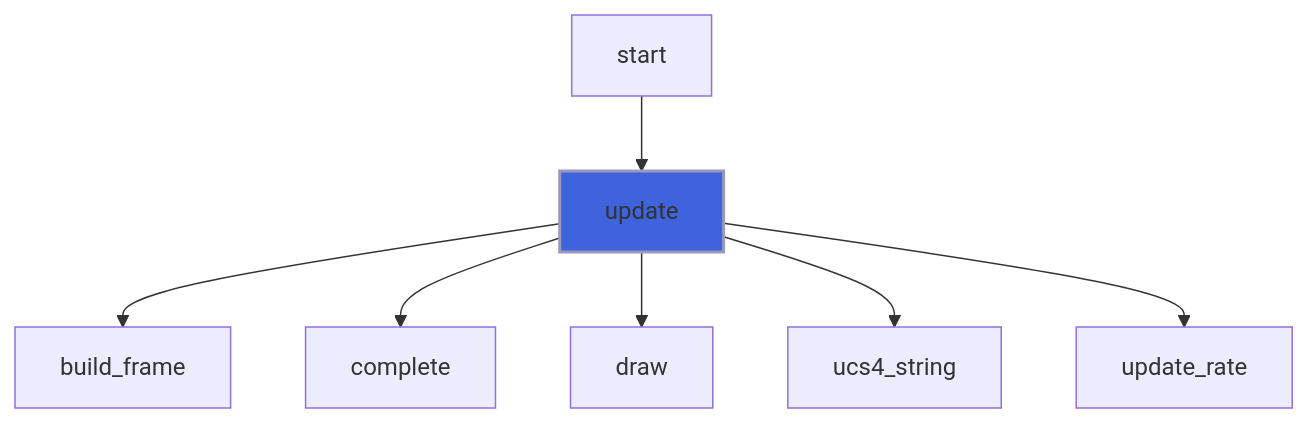
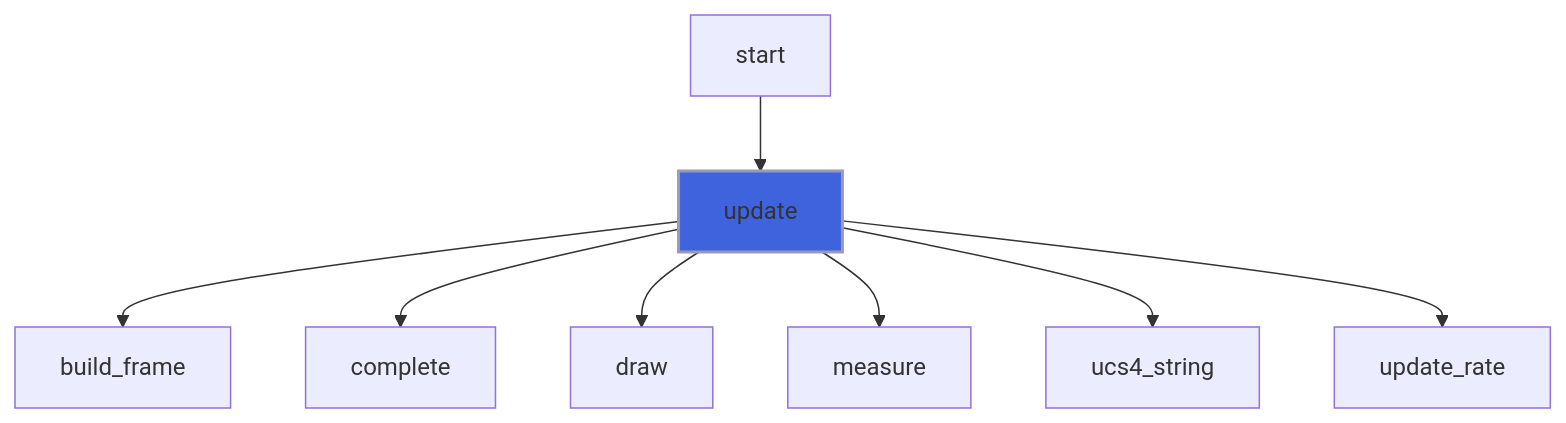
Before and after one commit to szaghi/forbear: the fifth of 33 diagrams in docs/api/src/lib/forbear_bar_object.md, drawn with Mermaid. The commit also changed other lines of this file and 28 other files, not shown here.

````diff
--- a/docs/api/src/lib/forbear_bar_object.md
+++ b/docs/api/src/lib/forbear_bar_object.md
@@ -354,10 +363,11 @@
 ```mermaid
 flowchart TD
   start["start"] --> update["update"]
   update["update"] --> build_frame["build_frame"]
   update["update"] --> complete["complete"]
   update["update"] --> draw["draw"]
+  update["update"] --> measure["measure"]
   update["update"] --> ucs4_string["ucs4_string"]
   update["update"] --> update_rate["update_rate"]
   style update fill:#3e63dd,stroke:#99b,stroke-width:2px
 ```
````
